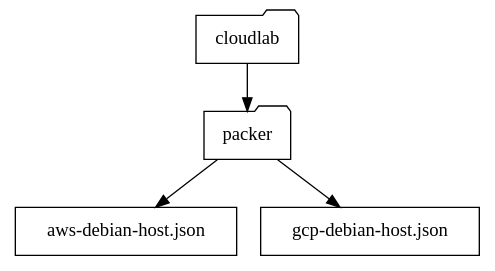
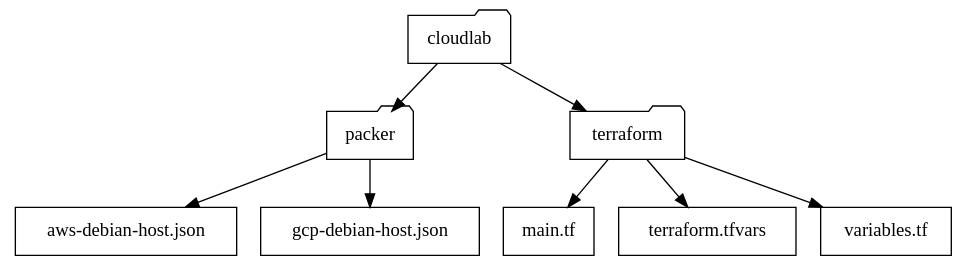
The diagram in docs/_source/tools.rst (ajcborges/devsecops-tactical-workbook), drawn with Graphviz before and after one commit. The commit also changed other lines of this file and 18 other files, not shown here.

```diff
--- a/docs/_source/tools.rst
+++ b/docs/_source/tools.rst
@@ -140,13 +186,21 @@
 .. graphviz::
    :caption: Updated Project Directory
    :align: center
 
    digraph folders {
       "cloudlab" [shape=folder];
       "packer" [shape=folder];
+      "terraform" [shape=folder];
       "aws-debian-host.json" [shape=rect];
       "gcp-debian-host.json" [shape=rect];
+      "main.tf" [shape=rect];
+      "terraform.tfvars" [shape=rect];
+      "variables.tf" [shape=rect];
       "cloudlab" -> "packer";
+      "cloudlab" -> "terraform";
       "packer" -> "aws-debian-host.json";
       "packer" -> "gcp-debian-host.json";
+      "terraform" -> "main.tf";
+      "terraform" -> "terraform.tfvars";
+      "terraform" -> "variables.tf";
    }
```
